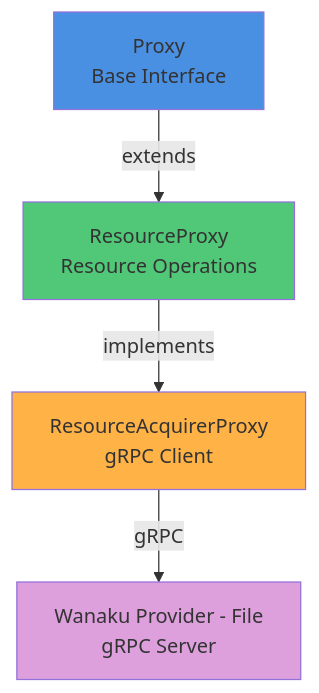
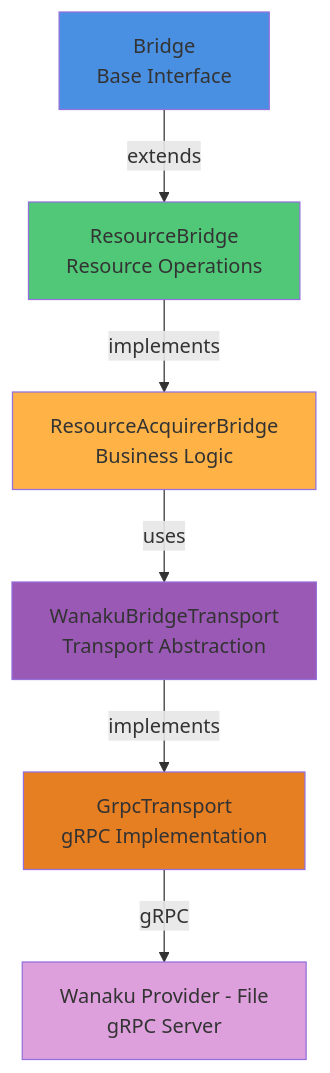
The second of 6 diagrams in docs/wanaku-router-internals.md (wanaku-ai/wanaku), drawn with Mermaid before and after one commit. The commit also changed other lines of this file and 25 other files, not shown here.

First line of the commit message:
Refactor the gRPC bridge

````diff
--- a/docs/wanaku-router-internals.md
+++ b/docs/wanaku-router-internals.md
@@ -80,16 +114,22 @@
 ```mermaid
 graph TB
-    Proxy[Proxy<br/>Base Interface]
-    ResourceProxy[ResourceProxy<br/>Resource Operations]
-    ResourceAcquirerProxy[ResourceAcquirerProxy<br/>gRPC Client]
+    Bridge[Bridge<br/>Base Interface]
+    ResourceBridge[ResourceBridge<br/>Resource Operations]
+    ResourceAcquirerBridge[ResourceAcquirerBridge<br/>Business Logic]
+    Transport[WanakuBridgeTransport<br/>Transport Abstraction]
+    GrpcTransport[GrpcTransport<br/>gRPC Implementation]
     FileProvider[Wanaku Provider - File<br/>gRPC Server]
 
-    Proxy -->|extends| ResourceProxy
-    ResourceProxy -->|implements| ResourceAcquirerProxy
-    ResourceAcquirerProxy -->|gRPC| FileProvider
+    Bridge -->|extends| ResourceBridge
+    ResourceBridge -->|implements| ResourceAcquirerBridge
+    ResourceAcquirerBridge -->|uses| Transport
+    Transport -->|implements| GrpcTransport
+    GrpcTransport -->|gRPC| FileProvider
 
-    style Proxy fill:#4A90E2
-    style ResourceProxy fill:#50C878
-    style ResourceAcquirerProxy fill:#FFB347
+    style Bridge fill:#4A90E2
+    style ResourceBridge fill:#50C878
+    style ResourceAcquirerBridge fill:#FFB347
+    style Transport fill:#9B59B6
+    style GrpcTransport fill:#E67E22
     style FileProvider fill:#DDA0DD
 ```
````
